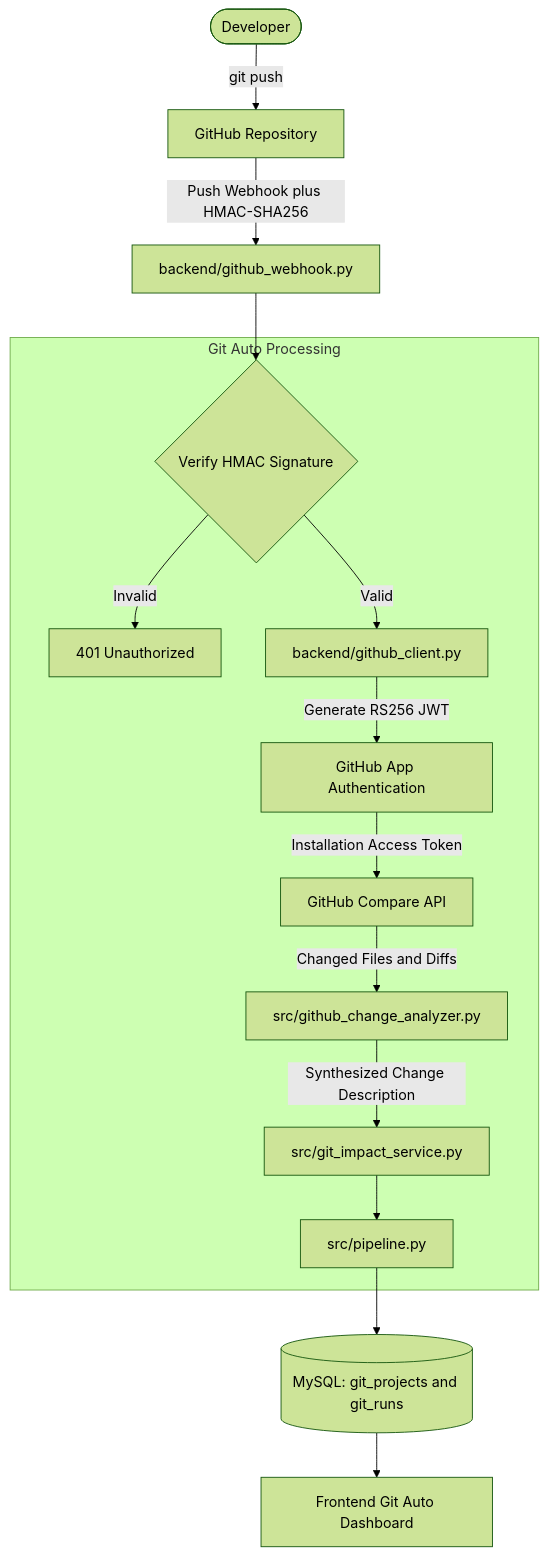
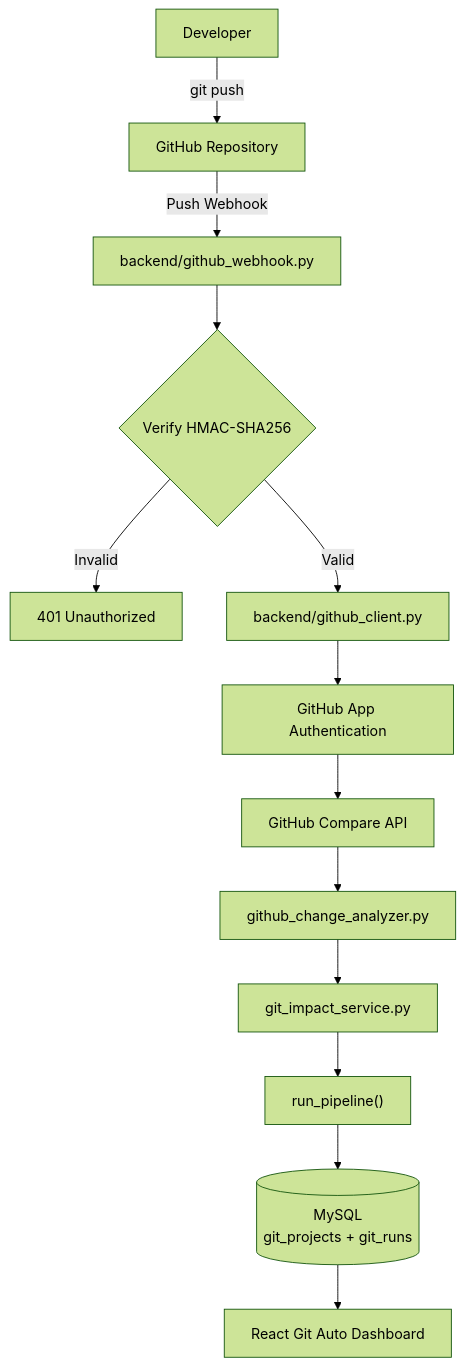
The second of 3 diagrams in README.md (Rakshithh-K/Smart-Regression-Suite-Optimizer), drawn with Mermaid (forest theme) before and after one commit. The commit also changed other lines of this file, not shown here.

````diff
--- a/README.md
+++ b/README.md
@@ -142,28 +484,19 @@
 ```mermaid
 flowchart TD
-    Dev(["Developer"]) -->|git push| GitHub["GitHub Repository"]
-    GitHub -->|Push Webhook plus HMAC-SHA256| WebhookHandler["backend/github_webhook.py"]
+    Developer["Developer"] -->|"git push"| GitHub["GitHub Repository"]
+    GitHub -->|"Push Webhook"| Webhook["backend/github_webhook.py"]
 
-    subgraph GitAutoProcessing["Git Auto Processing"]
-        SigCheck{"Verify HMAC Signature"}
-        Reject["401 Unauthorized"]
-        GHClient["backend/github_client.py"]
-        GitHubApp["GitHub App Authentication"]
-        CompareAPI["GitHub Compare API"]
-        ChangeAnalyzer["src/github_change_analyzer.py"]
-        GitImpact["src/git_impact_service.py"]
-        CorePipelineRef["src/pipeline.py"]
+    Webhook --> Signature{"Verify HMAC-SHA256"}
+    Signature -->|"Invalid"| Reject["401 Unauthorized"]
+    Signature -->|"Valid"| Client["backend/github_client.py"]
 
-        SigCheck -->|Invalid| Reject
-        SigCheck -->|Valid| GHClient
-        GHClient -->|Generate RS256 JWT| GitHubApp
-        GitHubApp -->|Installation Access Token| CompareAPI
-        CompareAPI -->|Changed Files and Diffs| ChangeAnalyzer
-        ChangeAnalyzer -->|Synthesized Change Description| GitImpact
-        GitImpact --> CorePipelineRef
-    end
+    Client --> AppAuth["GitHub App Authentication"]
+    AppAuth --> Compare["GitHub Compare API"]
 
-    WebhookHandler --> SigCheck
-    CorePipelineRef --> GitDB[("MySQL: git_projects and git_runs")]
-    GitDB --> GitAutoUI["Frontend Git Auto Dashboard"]
+    Compare --> ChangeAnalyzer["github_change_analyzer.py"]
+    ChangeAnalyzer --> Impact["git_impact_service.py"]
+    Impact --> Pipeline["run_pipeline()"]
+
+    Pipeline --> DB[("MySQL<br/>git_projects + git_runs")]
+    DB --> UI["React Git Auto Dashboard"]
 ```
````
